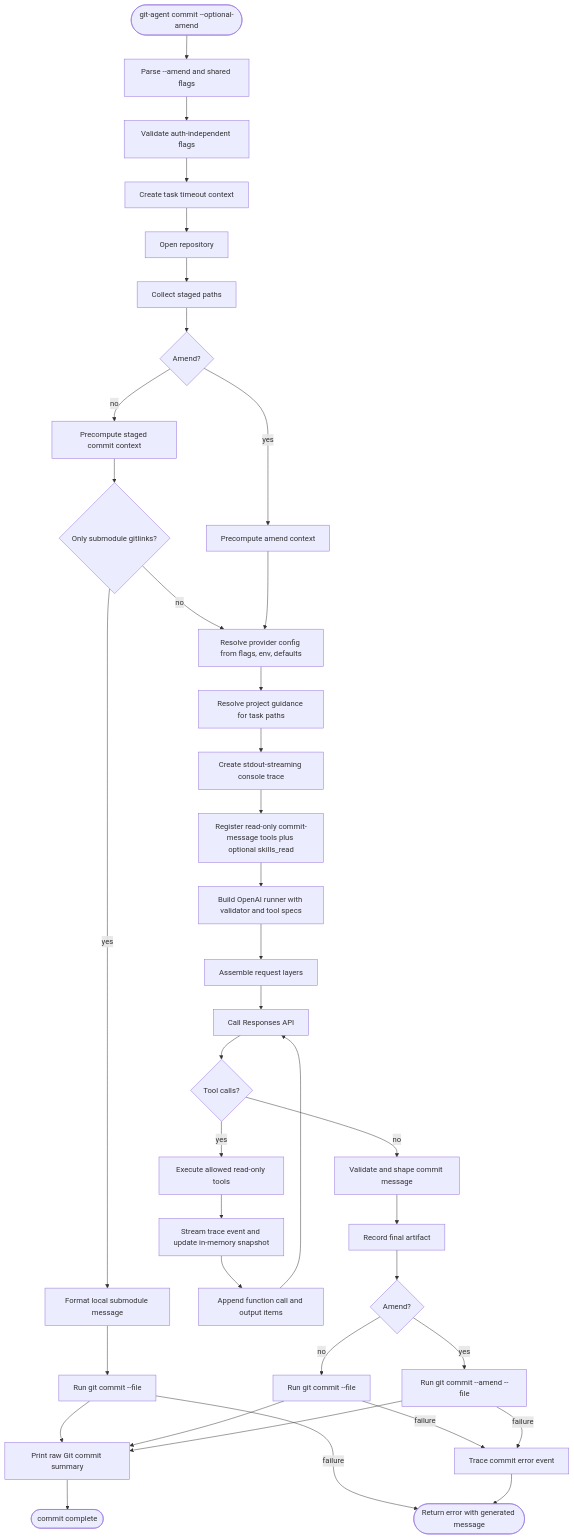
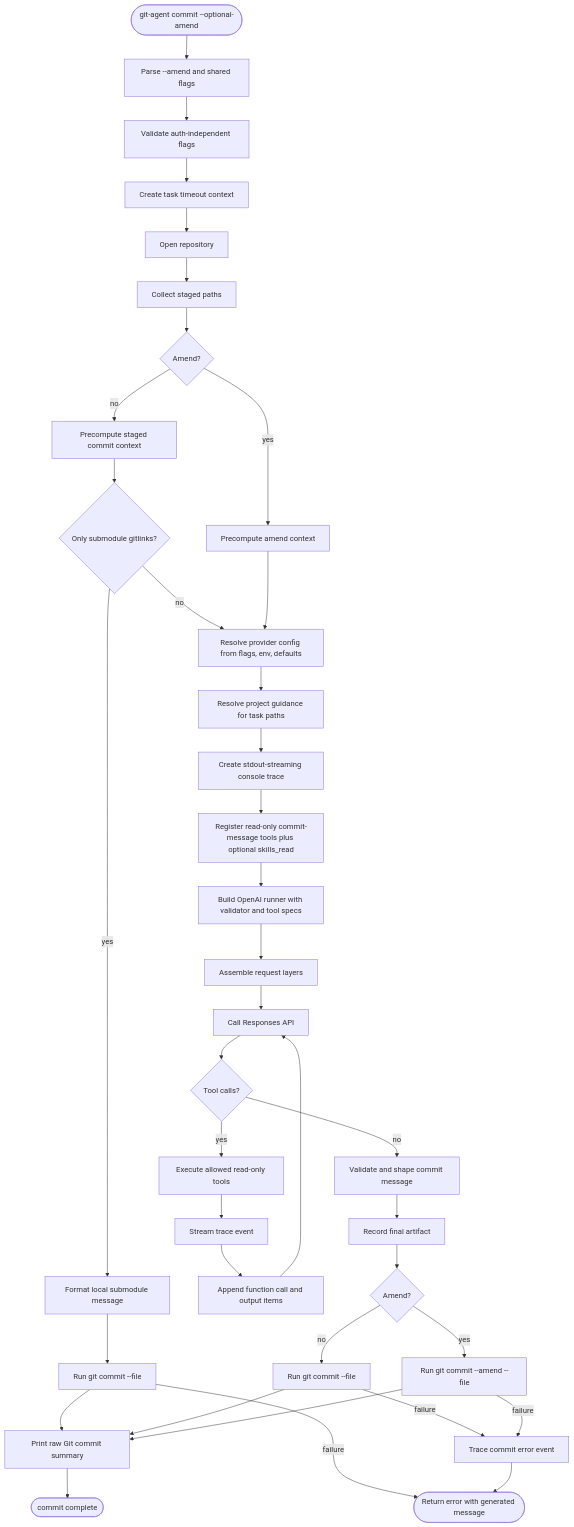
The third of 5 diagrams in docs/spec.md (yusing/git-agent), drawn with Mermaid before and after one commit. The commit also changed other lines of this file and 13 other files, not shown here.

````diff
--- a/docs/spec.md
+++ b/docs/spec.md
@@ -1109,40 +1090,40 @@
 ```mermaid
 flowchart TD
     Start([git-agent commit --optional-amend]) --> Parse[Parse --amend and shared flags]
     Parse --> LocalConfig[Validate auth-independent flags]
     LocalConfig --> Timeout[Create task timeout context]
     Timeout --> OpenRepo[Open repository]
     OpenRepo --> StagedPaths[Collect staged paths]
     StagedPaths --> Mode{Amend?}
     Mode -- no --> Prepare[Precompute staged commit context]
     Mode -- yes --> PrepareAmend[Precompute amend context]
     Prepare --> SubmoduleOnly{Only submodule gitlinks?}
     SubmoduleOnly -- yes --> LocalMessage[Format local submodule message]
     LocalMessage --> LocalGitCommit[Run git commit --file]
     LocalGitCommit --> Summary
     LocalGitCommit -- failure --> Manual
     SubmoduleOnly -- no --> Resolve[Resolve provider config from flags, env, defaults]
     PrepareAmend --> Resolve
     Resolve --> Guidance[Resolve project guidance for task paths]
     Guidance --> Trace[Create stdout-streaming console trace]
     Trace --> Registry[Register read-only commit-message tools plus optional skills_read]
     Registry --> Runner[Build OpenAI runner with validator and tool specs]
     Runner --> Request[Assemble request layers]
     Request --> Model[Call Responses API]
     Model --> ToolDecision{Tool calls?}
     ToolDecision -- yes --> ExecuteTools[Execute allowed read-only tools]
-    ExecuteTools --> RecordTools[Stream trace event and update in-memory snapshot]
+    ExecuteTools --> RecordTools[Stream trace event]
     RecordTools --> Continue[Append function call and output items]
     Continue --> Model
     ToolDecision -- no --> Validate[Validate and shape commit message]
     Validate --> FinalTrace[Record final artifact]
     FinalTrace --> Commit{Amend?}
     Commit -- no --> GitCommit[Run git commit --file]
     Commit -- yes --> GitAmend[Run git commit --amend --file]
     GitCommit --> Summary[Print raw Git commit summary]
     GitAmend --> Summary
     Summary --> Done([commit complete])
     GitCommit -- failure --> ErrorTrace[Trace commit error event]
     GitAmend -- failure --> ErrorTrace
     ErrorTrace --> Manual([Return error with generated message])
 ```
````
